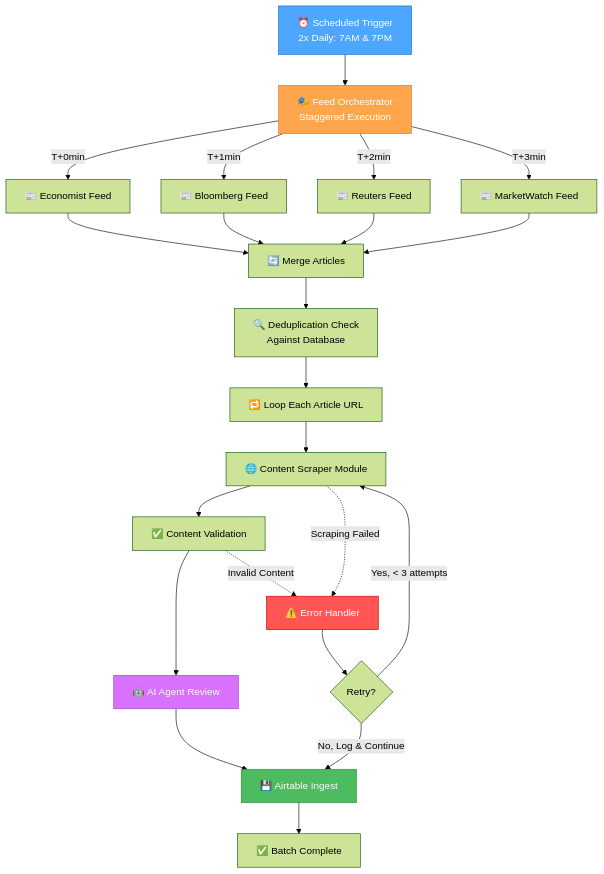
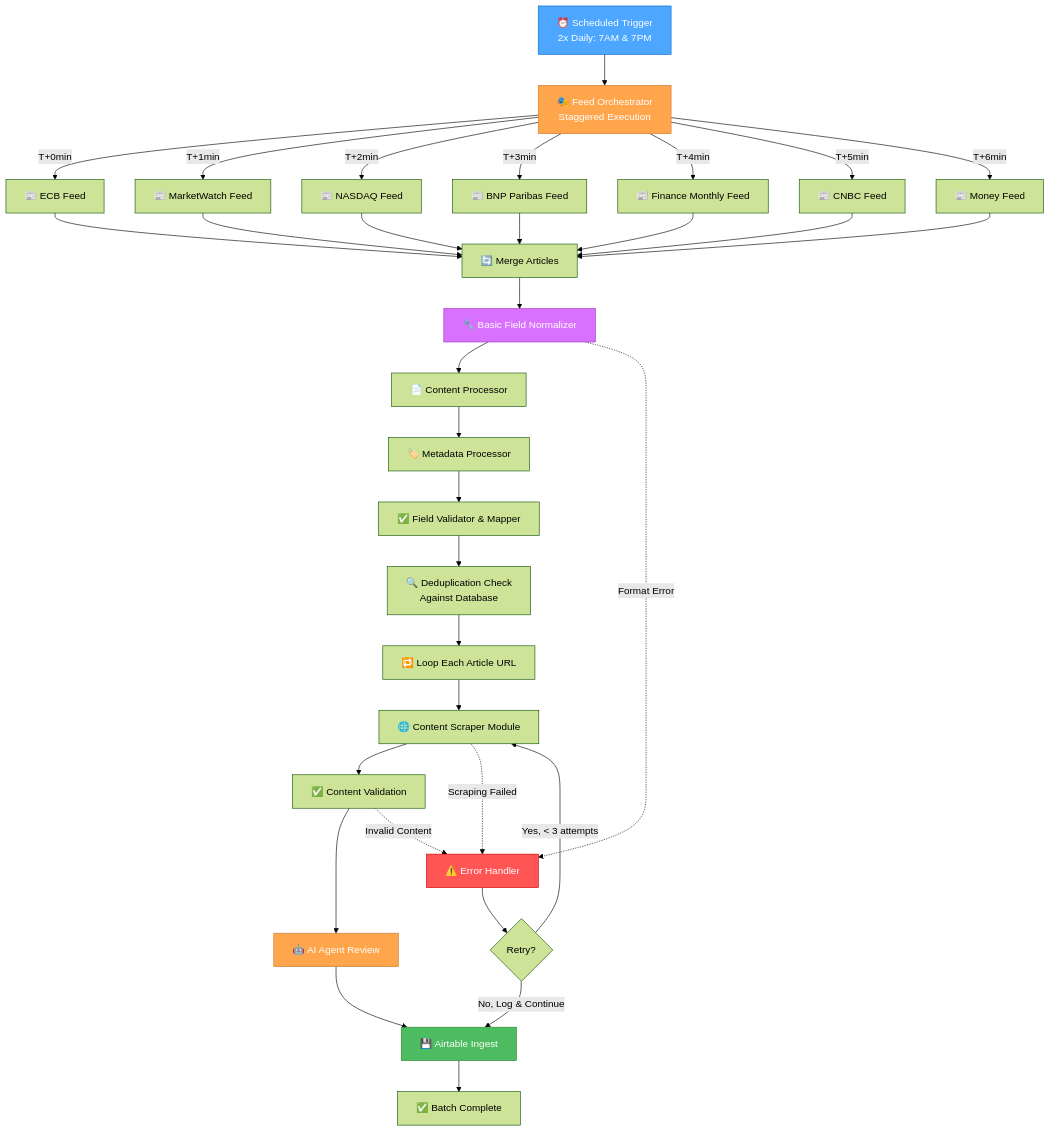
Before and after one commit to Capp3/n8n-fineopinion: the first of 8 diagrams in memory-bank/rss-feed-architecture.md, drawn with Mermaid (forest theme). The commit also changed other lines of this file and 24 other files, not shown here.

````diff
--- a/memory-bank/rss-feed-architecture.md
+++ b/memory-bank/rss-feed-architecture.md
@@ -18,40 +17,47 @@
 ```mermaid
 graph TB
     %% Main Entry Point
     START[⏰ Scheduled Trigger<br/>2x Daily: 7AM & 7PM] --> ORCHESTRATOR[🎭 Feed Orchestrator<br/>Staggered Execution]
 
-    %% Feed Processing
-    ORCHESTRATOR -->|T+0min| FEED1[📰 Economist Feed]
-    ORCHESTRATOR -->|T+1min| FEED2[📰 Bloomberg Feed]
-    ORCHESTRATOR -->|T+2min| FEED3[📰 Reuters Feed]
-    ORCHESTRATOR -->|T+3min| FEED4[📰 MarketWatch Feed]
+    %% Feed Processing (Updated with Actual 7 Feeds)
+    ORCHESTRATOR -->|T+0min| FEED1[📰 ECB Feed]
+    ORCHESTRATOR -->|T+1min| FEED2[📰 MarketWatch Feed]
+    ORCHESTRATOR -->|T+2min| FEED3[📰 NASDAQ Feed]
+    ORCHESTRATOR -->|T+3min| FEED4[📰 BNP Paribas Feed]
+    ORCHESTRATOR -->|T+4min| FEED5[📰 Finance Monthly Feed]
+    ORCHESTRATOR -->|T+5min| FEED6[📰 CNBC Feed]
+    ORCHESTRATOR -->|T+6min| FEED7[📰 Money Feed]
 
-    %% Merge Point
-    FEED1 & FEED2 & FEED3 & FEED4 --> MERGE[🔄 Merge Articles]
-
-    %% Deduplication
-    MERGE --> DEDUP[🔍 Deduplication Check<br/>Against Database]
+    %% RSS Post-Processing Pipeline (NEW)
+    FEED1 & FEED2 & FEED3 & FEED4 & FEED5 & FEED6 & FEED7 --> MERGE[🔄 Merge Articles]
+    MERGE --> NORMALIZE[🔧 Basic Field Normalizer]
+    NORMALIZE --> CONTENTPROC[📄 Content Processor]
+    CONTENTPROC --> METADATA[🏷️ Metadata Processor]
+    METADATA --> VALIDATE[✅ Field Validator & Mapper]
 
     %% Processing Pipeline
+    VALIDATE --> DEDUP[🔍 Deduplication Check<br/>Against Database]
     DEDUP --> LOOP[🔁 Loop Each Article URL]
     LOOP --> SCRAPE[🌐 Content Scraper Module]
-    SCRAPE --> VALIDATE[✅ Content Validation]
-    VALIDATE --> AGENT[🤖 AI Agent Review]
+    SCRAPE --> AIVALIDATE[✅ Content Validation]
+    AIVALIDATE --> AGENT[🤖 AI Agent Review]
     AGENT --> STORE[💾 Airtable Ingest]
 
     %% Error Handling
     SCRAPE -.->|Scraping Failed| ERROR[⚠️ Error Handler]
-    VALIDATE -.->|Invalid Content| ERROR
+    AIVALIDATE -.->|Invalid Content| ERROR
+    NORMALIZE -.->|Format Error| ERROR
     ERROR --> RETRY{Retry?}
     RETRY -->|Yes, < 3 attempts| SCRAPE
     RETRY -->|No, Log & Continue| STORE
 
     %% Completion
     STORE --> COMPLETE[✅ Batch Complete]
 
     style START fill:#4da6ff,stroke:#0066cc,color:white
     style ORCHESTRATOR fill:#ffa64d,stroke:#cc7a30,color:white
-    style AGENT fill:#d971ff,stroke:#a33bc2,color:white
+    style NORMALIZE fill:#d971ff,stroke:#a33bc2,color:white
+    style AGENT fill:#ffa64d,stroke:#cc7a30,color:white
     style STORE fill:#4dbb5f,stroke:#36873f,color:white
     style ERROR fill:#ff5555,stroke:#cc0000,color:white
 ```
````
